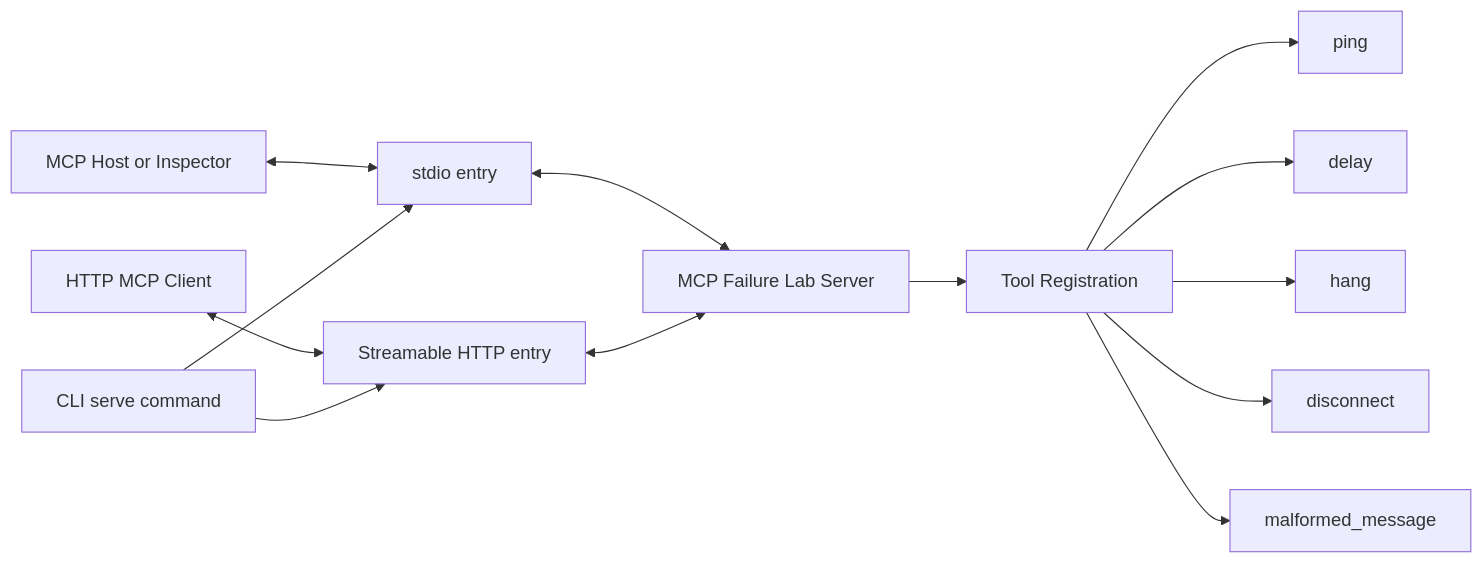
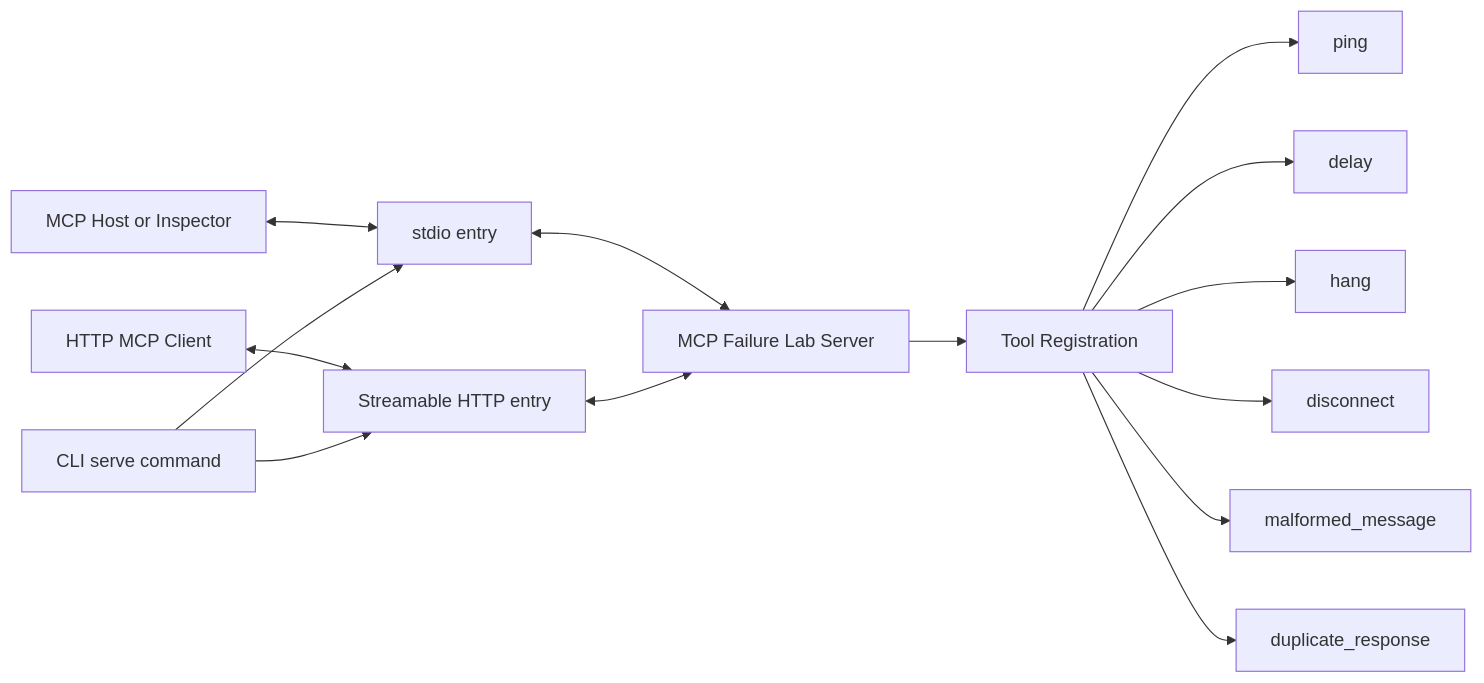
One commit to anilloutombam/mcplab.dev changed the first of 4 diagrams in src/content/docs/docs/architecture.mdx. Above: the diagram before and after it, drawn with Mermaid. The commit also changed other lines of this file and 11 other files, not shown here.

Commit message:
docs: document duplicate response faults (#30)

````diff
--- a/src/content/docs/docs/architecture.mdx
+++ b/src/content/docs/docs/architecture.mdx
@@ -10,15 +10,16 @@
 ```mermaid
 graph LR
     Host[MCP Host or Inspector] <--> Stdio[stdio entry]
     HttpClient[HTTP MCP Client] <--> Http[Streamable HTTP entry]
     Stdio <--> Server[MCP Failure Lab Server]
     Http <--> Server
     Server --> Registration[Tool Registration]
     Registration --> Ping[ping]
     Registration --> Delay[delay]
     Registration --> Hang[hang]
     Registration --> Disconnect[disconnect]
     Registration --> Malformed[malformed_message]
+    Registration --> Duplicate[duplicate_response]
     CLI[CLI serve command] --> Stdio
     CLI --> Http
 ```
````
